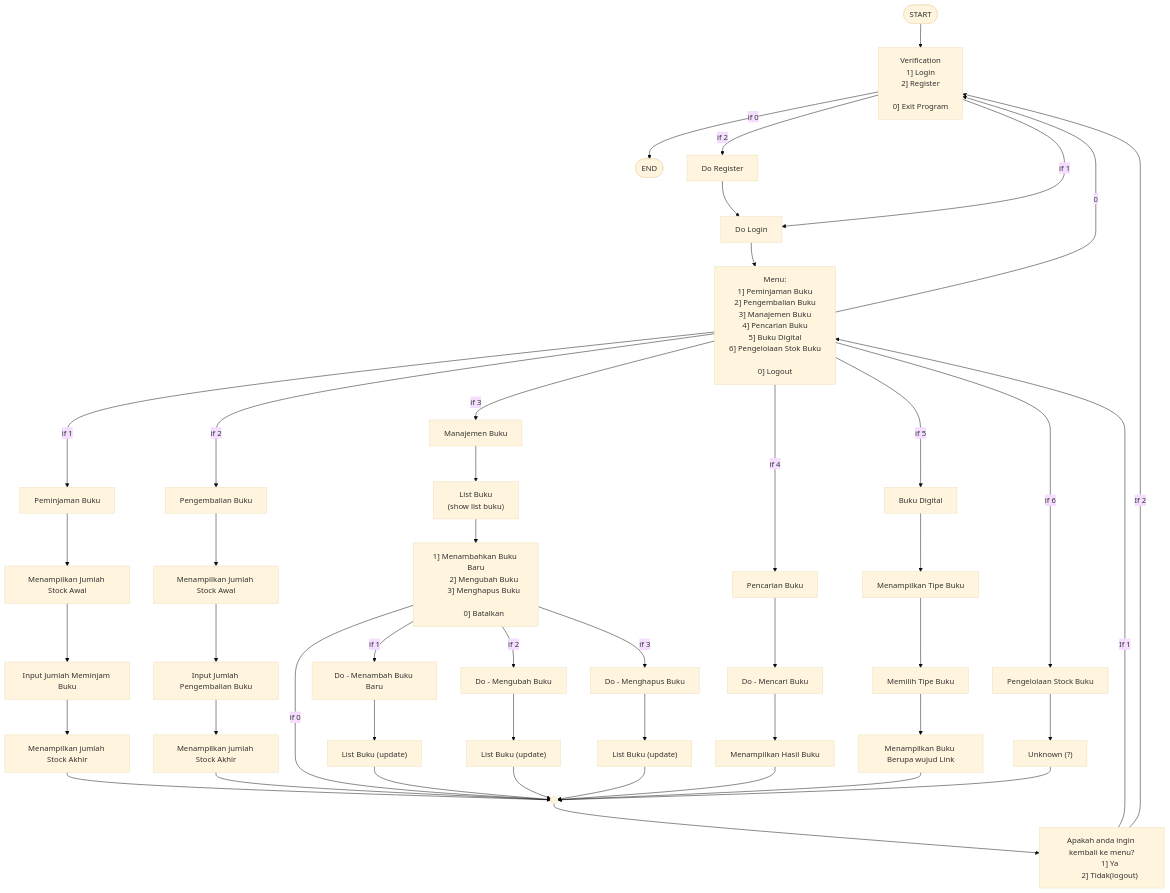
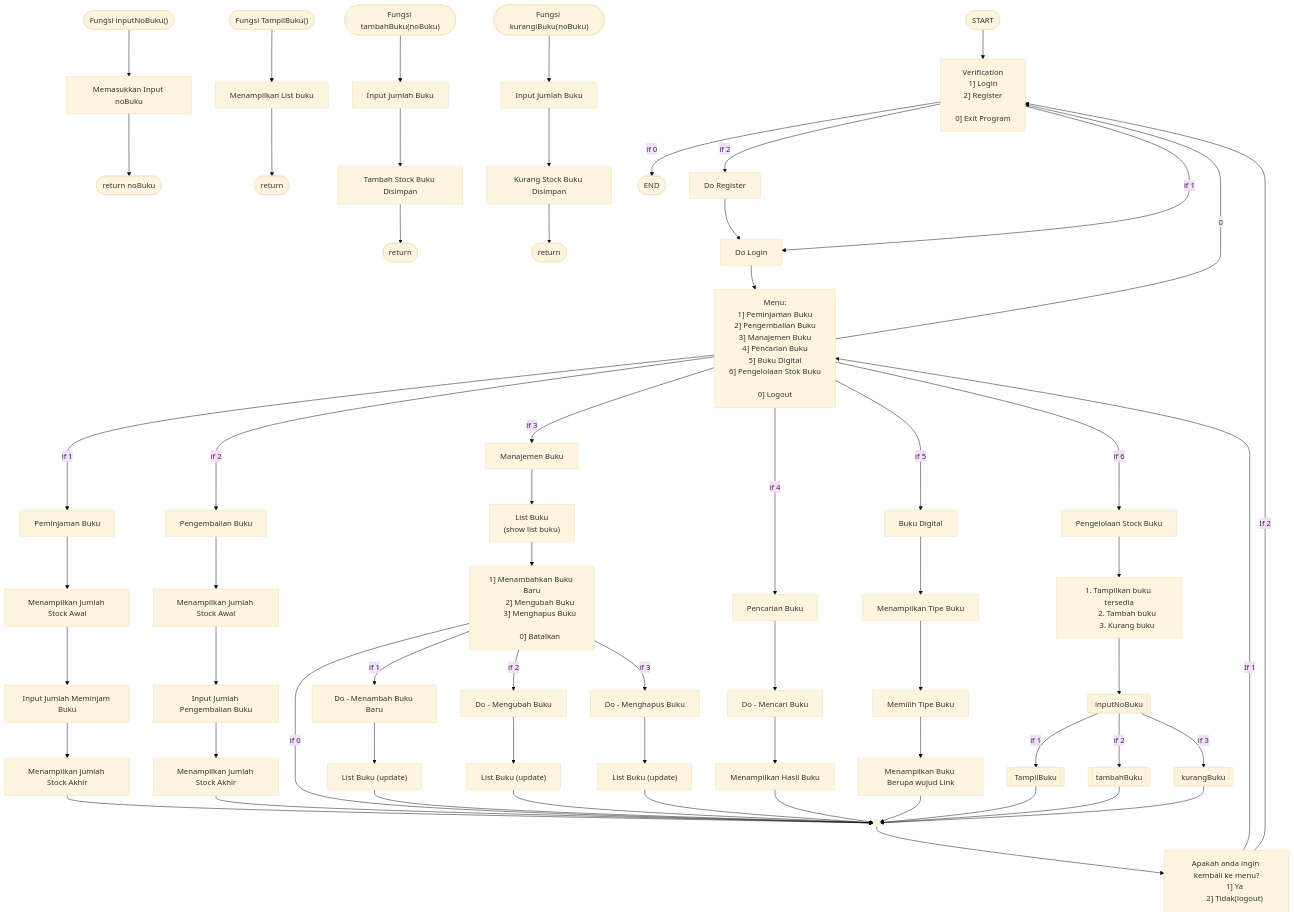
One commit to Dhnillhaq/Project-Sistem-Peminjaman changed the diagram in project-team-flowchart.md. Above: the diagram before and after it, drawn with Mermaid (base theme).

Commit message:
feat: add pengelolaan stock flowchart

````diff
--- a/project-team-flowchart.md
+++ b/project-team-flowchart.md
@@ -18,6 +18,22 @@
 ```mermaid
 
 flowchart TD
+    
+    %% Fungsi
+    %% -------- Input No Buku
+    FungsiInputNoBuku(["Fungsi inputNoBuku()"]) --> InputNoBukuUser["Memasukkan Input noBuku"]
+    InputNoBukuUser --> returnFungsiInputNoBuku(["return noBuku"])
+    %% -------- Menampilkan Buku
+    FungsiMenampilkanBuku(["Fungsi TampilBuku()"]) --> MenampilkanListBuku2["Menampilkan List buku"] --> returnFungsiMenampilkanBuku(["return"])
+    %% -------- Tambah Buku
+    FungsiTambahBuku(["Fungsi tambahBuku(noBuku)"]) --> InputJumlahBuku["Input Jumlah Buku"]
+    InputJumlahBuku --> Simpan["Tambah Stock Buku Disimpan"]
+    Simpan --> returnFungsiTambahBuku(["return"])
+    %% -------- Kurangi Buku
+    FungsiKurangiBuku(["Fungsi kurangiBuku(noBuku)"]) --> InputJumlahBuku2["Input Jumlah Buku"]
+    InputJumlahBuku2 --> Simpan2["Kurang Stock Buku Disimpan"]
+    Simpan2 --> returnFungsiKurangiBuku(["return"])
+
     START(["START"]) --> DecLogReg["
         Verification
         1] Login
@@ -96,15 +112,28 @@
 
     %% 5] Buku Digital
     Menu -- if 5 --> BukuDigital["Buku Digital"]
-    BukuDigital --> MeanmpilkanTipeBuku["Menampilkan Tipe Buku"]
-    MeanmpilkanTipeBuku -->  MemilihTipeBuku["Memilih Tipe Buku"]
+    BukuDigital --> MenampilkanTipeBuku["Menampilkan Tipe Buku"]
+    MenampilkanTipeBuku -->  MemilihTipeBuku["Memilih Tipe Buku"]
     MemilihTipeBuku --> TampilkananBuku["Menampilkan Buku Berupa wujud Link"]
     TampilkananBuku --> Point((" "))
     
     %% 6] Pengelolaan Stok Buku
     Menu -- if 6 --> PengelolaanStockBuku["Pengelolaan Stock Buku"]
-    PengelolaanStockBuku --> UnknownPengelolaan["Unknown (?)"]
-    UnknownPengelolaan --> Point((" "))
+    PengelolaanStockBuku --> MenuPengelolaanStockBuku["
+        1. Tampilkan buku tersedia
+        2. Tambah buku
+        3. Kurang buku
+    "]
+    MenuPengelolaanStockBuku --> InputNoBuku[["inputNoBuku"]]
+
+        %% Tampilkan buku tersedia
+        InputNoBuku -- if 1 --> MenampilkanBuku[["TampilBuku"]] --> Point((" "))
+        %% Tambah Buku
+        InputNoBuku -- if 2 --> TambahBuku[["tambahBuku"]]
+        TambahBuku --> Point((" "))
+        %% Kurang Buku
+        InputNoBuku -- if 3 --> KurangBuku[["kurangBuku"]]
+        KurangBuku --> Point((" "))
 
 
     %% Action after Point
@@ -121,4 +150,5 @@
     Validation -- If 2 --> DecLogReg
 
 
+
 ```
````
